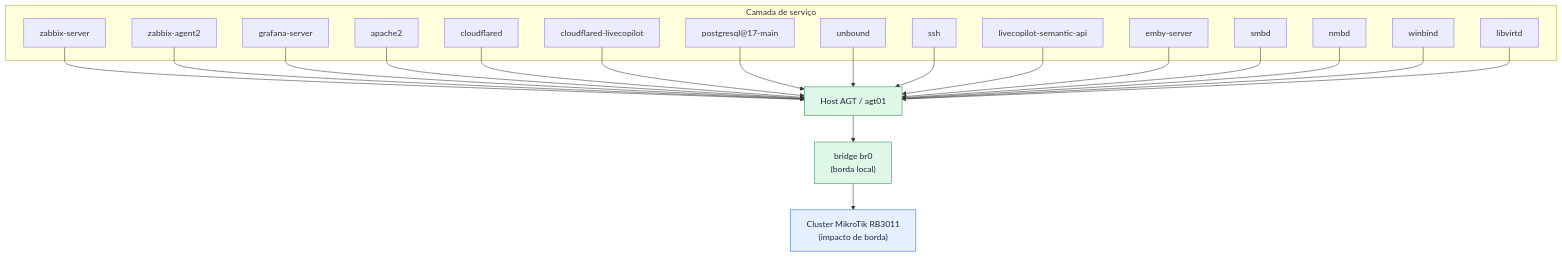
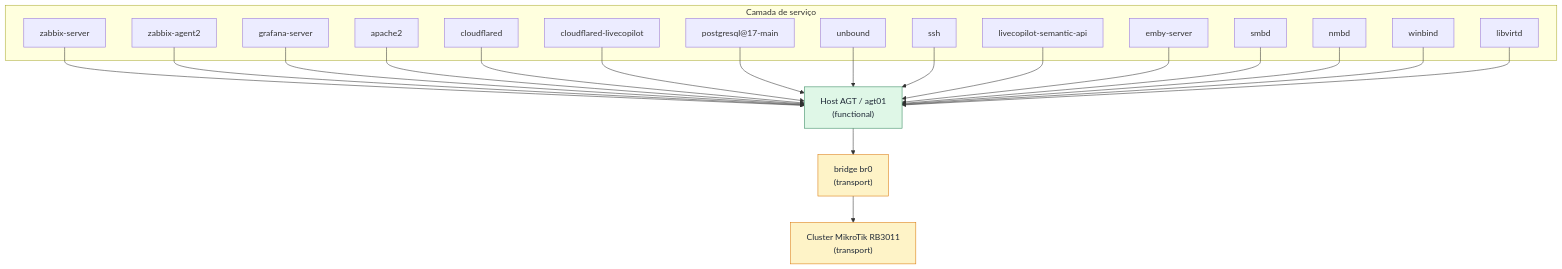
Before and after one commit to escossio/observabilidade: the diagram in dependency-graph/views/agt_dependency_graph.mmd, drawn with Mermaid. The commit also changed 10 other files, not shown here.

Commit message:
feat: model transport tree semantics in dependency graph

```diff
--- a/dependency-graph/views/agt_dependency_graph.mmd
+++ b/dependency-graph/views/agt_dependency_graph.mmd
@@ -1,50 +1,52 @@
 flowchart TB
   subgraph SVC["Camada de serviço"]
     zabbix_server["zabbix-server"]
     zabbix_agent2["zabbix-agent2"]
     grafana_server["grafana-server"]
     apache2["apache2"]
     cloudflared["cloudflared"]
     cloudflared_livecopilot["cloudflared-livecopilot"]
     postgresql["postgresql@17-main"]
     unbound["unbound"]
     ssh["ssh"]
     livecopilot_api["livecopilot-semantic-api"]
     emby["emby-server"]
     smbd["smbd"]
     nmbd["nmbd"]
     winbind["winbind"]
     libvirtd["libvirtd"]
   end
 
-  host["Host AGT / agt01"]
+  host["Host AGT / agt01<br/>(functional)"]
 
-  br0["bridge br0<br/>(borda local)"]
-  mikrotik_cluster["Cluster MikroTik RB3011<br/>(impacto de borda)"]
+  br0["bridge br0<br/>(transport)"]
+  mikrotik_cluster["Cluster MikroTik RB3011<br/>(transport)"]
 
   zabbix_server --> host
   zabbix_agent2 --> host
   grafana_server --> host
   apache2 --> host
   cloudflared --> host
   cloudflared_livecopilot --> host
   postgresql --> host
   unbound --> host
   ssh --> host
   livecopilot_api --> host
   emby --> host
   smbd --> host
   nmbd --> host
   winbind --> host
   libvirtd --> host
 
   host --> br0
   br0 --> mikrotik_cluster
 
-  classDef observed fill:#dff7e7,stroke:#2f855a,color:#1f2937,stroke-width:1px;
+  classDef functional fill:#dff7e7,stroke:#2f855a,color:#1f2937,stroke-width:1px;
+  classDef delivery fill:#e0f2fe,stroke:#0284c7,color:#1f2937,stroke-width:1px;
+  classDef transport fill:#fef3c7,stroke:#d97706,color:#1f2937,stroke-width:1px;
   classDef documented fill:#e6f0ff,stroke:#2563eb,color:#1f2937,stroke-width:1px;
   classDef inferred fill:#fff4cc,stroke:#b7791f,color:#1f2937,stroke-width:1px,stroke-dasharray: 4 3;
   classDef pending fill:#f3f4f6,stroke:#6b7280,color:#1f2937,stroke-width:1px,stroke-dasharray: 2 2;
 
-  class host,br0 observed;
-  class mikrotik_cluster documented;
+  class host functional;
+  class br0,mikrotik_cluster transport;
```
